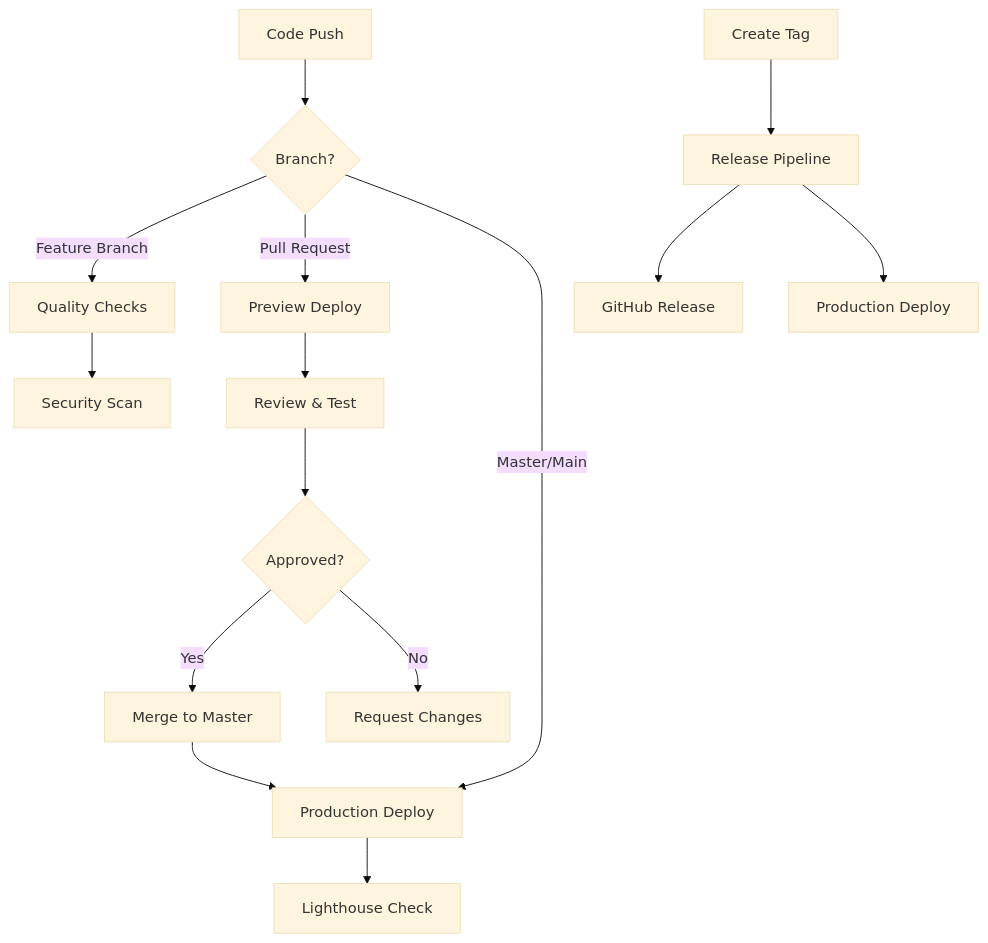
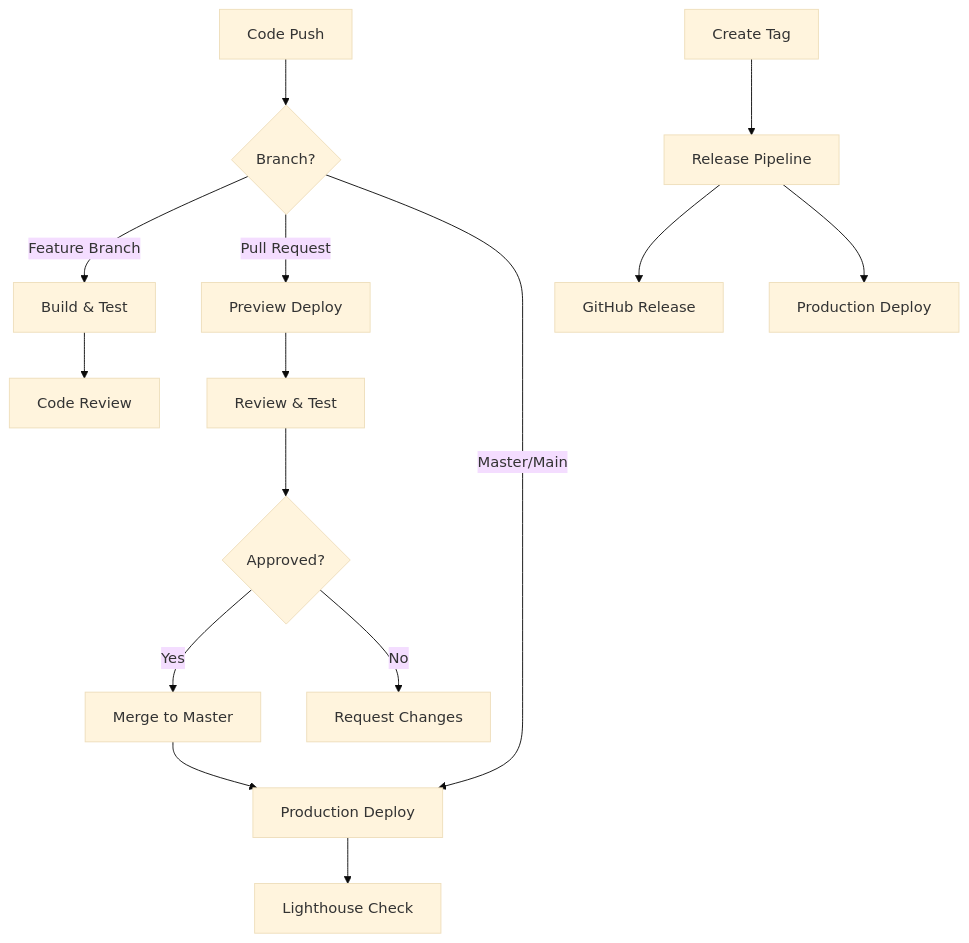
One commit to u2204125/fee-management-system changed the diagram in .github/CICD.md. Above: the diagram before and after it, drawn with Mermaid (base theme). The commit also changed other lines of this file and 40 other files, not shown here.

First line of the commit message:
chore: remove security and quality workflows, update repository links

````diff
--- a/.github/CICD.md
+++ b/.github/CICD.md
@@ -54,21 +37,21 @@
 ```mermaid
 graph TD
     A[Code Push] --> B{Branch?}
-    B -->|Feature Branch| C[Quality Checks]
+    B -->|Feature Branch| C[Build & Test]
     B -->|Pull Request| D[Preview Deploy]
     B -->|Master/Main| E[Production Deploy]
     
-    C --> F[Security Scan]
+    C --> F[Code Review]
     D --> G[Review & Test]
     E --> H[Lighthouse Check]
     
     G --> I{Approved?}
     I -->|Yes| J[Merge to Master]
     I -->|No| K[Request Changes]
     
     J --> E
     
     L[Create Tag] --> M[Release Pipeline]
     M --> N[GitHub Release]
     M --> O[Production Deploy]
 ```
````
